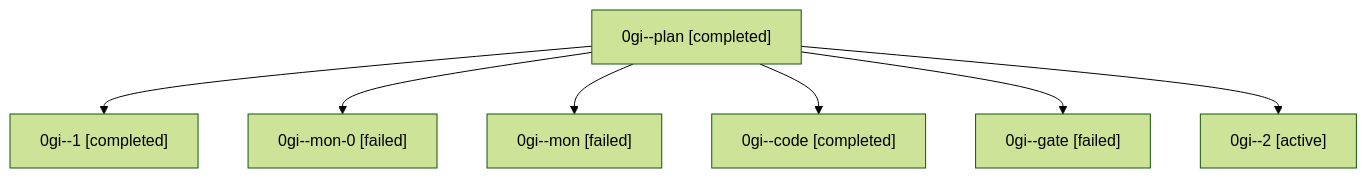
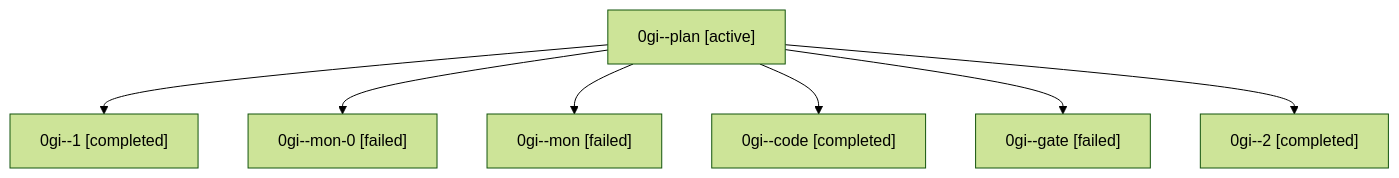
One commit to sase-org/sase--agents changed the diagram in families/bbugyi200.athena.0gi.md. Above: the diagram before and after it, drawn with Mermaid (forest theme). The commit also changed other lines of this file and 35830 other files, not shown here.

````diff
--- a/families/bbugyi200.athena.0gi.md
+++ b/families/bbugyi200.athena.0gi.md
@@ -9,16 +9,16 @@
 ```mermaid
 flowchart TD
-  n0["0gi--plan [completed]"]
+  n0["0gi--plan [active]"]
   n1["0gi--1 [completed]"]
   n0 --> n1
   n2["0gi--mon-0 [failed]"]
   n0 --> n2
   n3["0gi--mon [failed]"]
   n0 --> n3
   n4["0gi--code [completed]"]
   n0 --> n4
   n5["0gi--gate [failed]"]
   n0 --> n5
-  n6["0gi--2 [active]"]
+  n6["0gi--2 [completed]"]
   n0 --> n6
 ```
````
